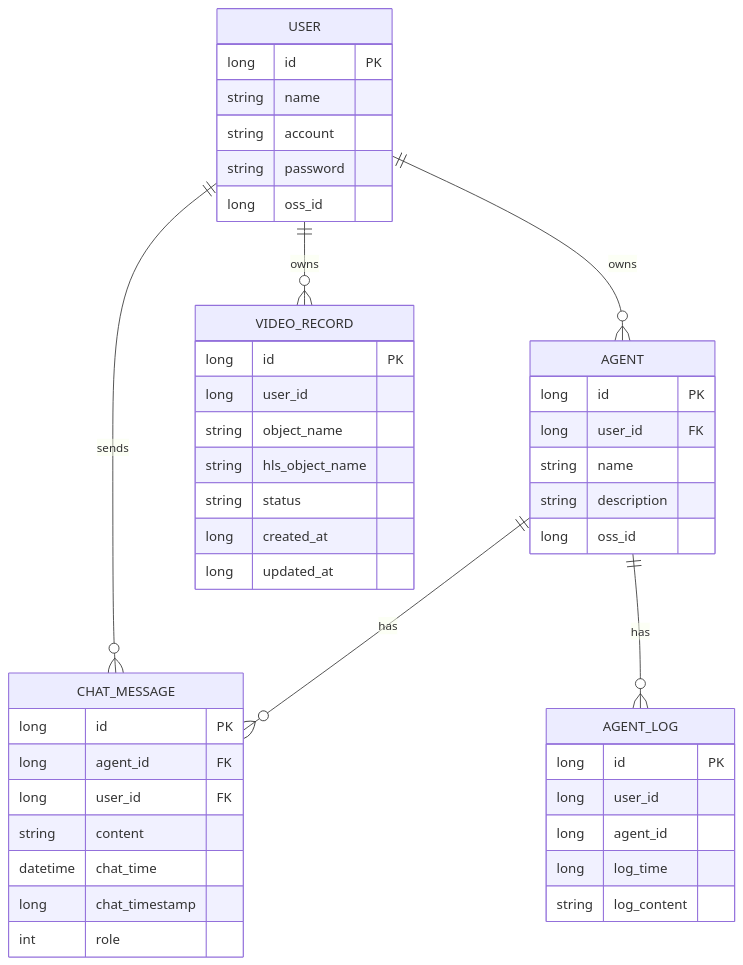
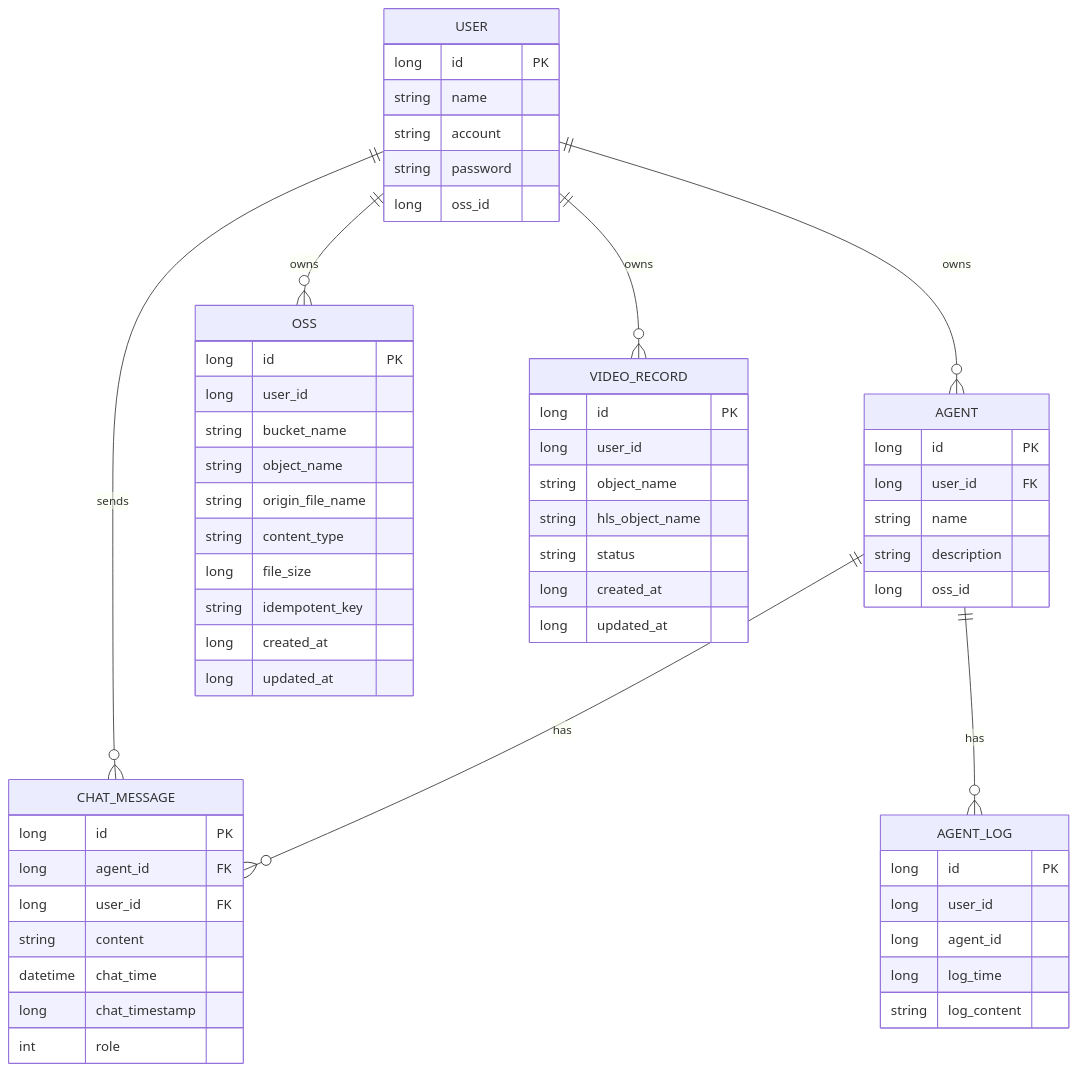
One commit to nangong918/magic-vector changed diagram 43 of 44 in springboot/docs/SpringBootDesignDocument.md. Above: the diagram before and after it, drawn with Mermaid. The commit also changed other lines of this file and 3 other files, not shown here.

````diff
--- a/springboot/docs/SpringBootDesignDocument.md
+++ b/springboot/docs/SpringBootDesignDocument.md
@@ -1016,47 +1031,60 @@
 ```mermaid
 erDiagram
     USER ||--o{ AGENT : owns
+    USER ||--o{ OSS : owns
     AGENT ||--o{ CHAT_MESSAGE : has
     AGENT ||--o{ AGENT_LOG : has
     USER ||--o{ VIDEO_RECORD : owns
     USER ||--o{ CHAT_MESSAGE : sends
     USER {
       long id PK
       string name
       string account
       string password
       long oss_id
     }
     AGENT {
       long id PK
       long user_id FK
       string name
       string description
       long oss_id
     }
     CHAT_MESSAGE {
       long id PK
       long agent_id FK
       long user_id FK
       string content
       datetime chat_time
       long chat_timestamp
       int role
     }
     AGENT_LOG {
       long id PK
       long user_id
       long agent_id
       long log_time
       string log_content
     }
     VIDEO_RECORD {
       long id PK
       long user_id
       string object_name
       string hls_object_name
       string status
       long created_at
       long updated_at
     }
+    OSS {
+      long id PK
+      long user_id
+      string bucket_name
+      string object_name
+      string origin_file_name
+      string content_type
+      long file_size
+      string idempotent_key
+      long created_at
+      long updated_at
+    }
 ```
````
